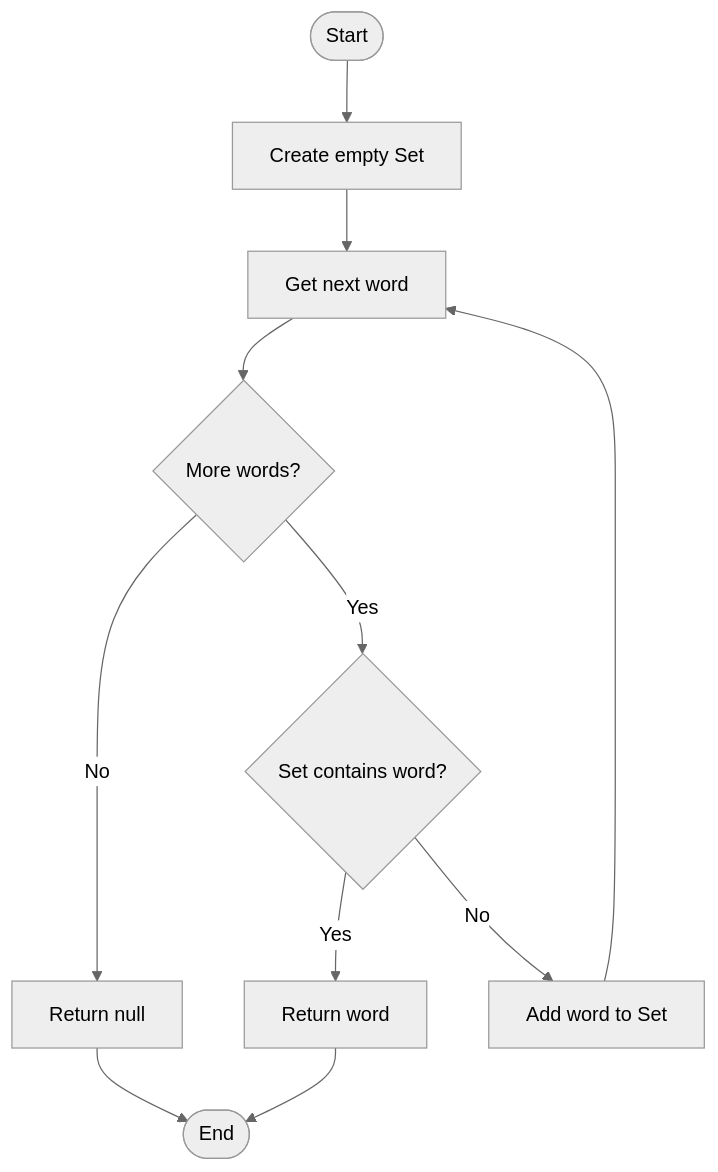
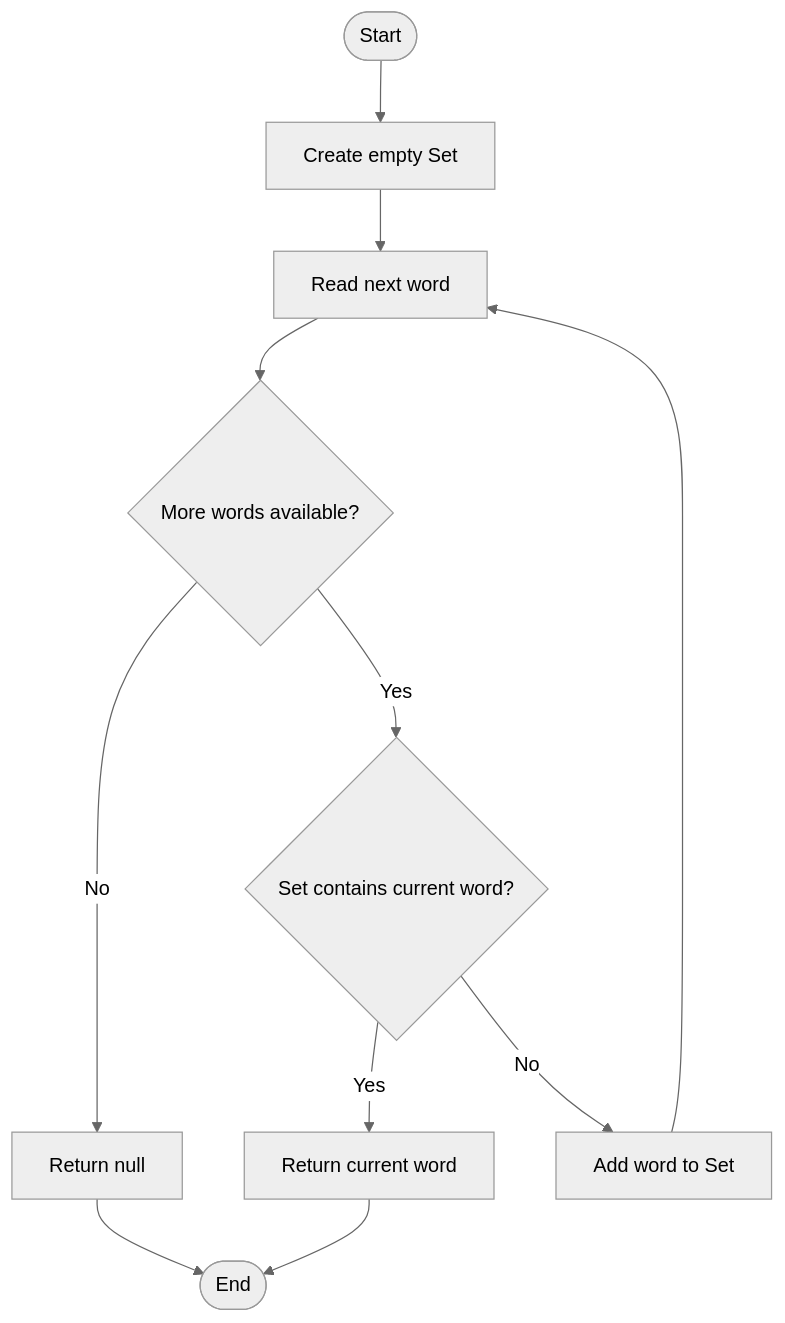
The fourth of 11 diagrams in README.md (accio-hyd/JS2-test-questions), drawn with Mermaid (neutral theme) before and after one commit. The commit also changed other lines of this file, not shown here.

````diff
--- a/README.md
+++ b/README.md
@@ -362,13 +364,13 @@
 ```mermaid
 flowchart TD
-    A([Start]) --> B[Create empty Set]
-    B --> C[Get next word]
-    C --> D{More words?}
-    D -- No --> E[Return null]
-    D -- Yes --> F{Set contains word?}
-    F -- Yes --> G[Return word]
-    F -- No --> H[Add word to Set]
+    A([Start]) --> B["Create empty Set"]
+    B --> C["Read next word"]
+    C --> D{"More words available?"}
+    D -->|No| E["Return null"]
+    D -->|Yes| F{"Set contains current word?"}
+    F -->|Yes| G["Return current word"]
+    F -->|No| H["Add word to Set"]
     H --> C
     E --> I([End])
     G --> I
 ```
````
